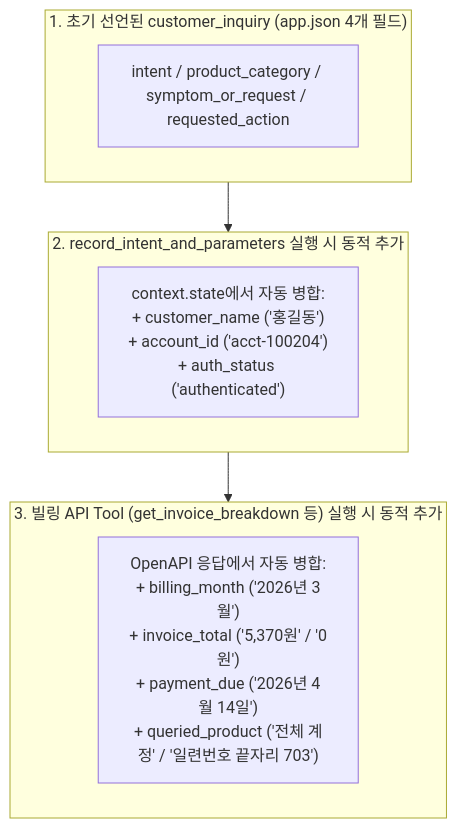
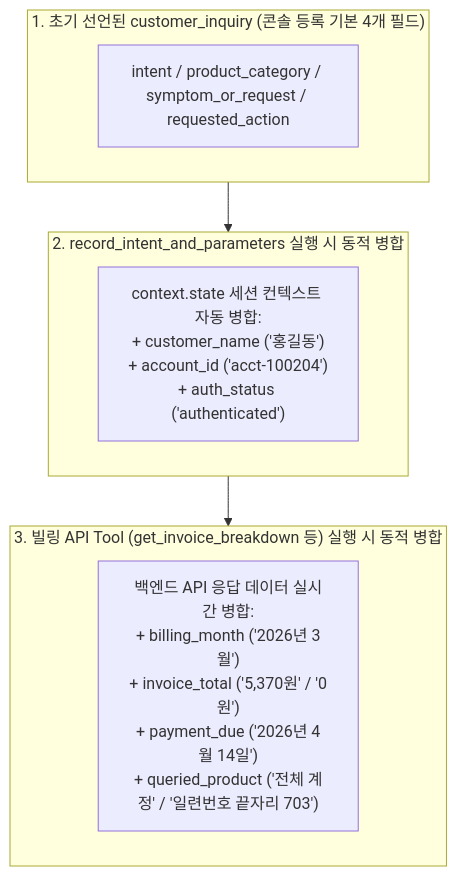
The third of 3 diagrams in README.md (Jhko0404/gecx-agent-patterns), drawn with Mermaid before and after one commit. The commit also changed other lines of this file and 5 other files, not shown here.

````diff
--- a/README.md
+++ b/README.md
@@ -257,16 +307,16 @@
 ```mermaid
 flowchart TB
-    subgraph Init["1. 초기 선언된 customer_inquiry (app.json 4개 필드)"]
+    subgraph Init["1. 초기 선언된 customer_inquiry (콘솔 등록 기본 4개 필드)"]
         F1["intent / product_category / symptom_or_request / requested_action"]
     end
 
-    subgraph Merge1["2. record_intent_and_parameters 실행 시 동적 추가"]
-        C1["context.state에서 자동 병합:\n+ customer_name ('홍길동')\n+ account_id ('acct-100204')\n+ auth_status ('authenticated')"]
+    subgraph Merge1["2. record_intent_and_parameters 실행 시 동적 병합"]
+        C1["context.state 세션 컨텍스트 자동 병합:\n+ customer_name ('홍길동')\n+ account_id ('acct-100204')\n+ auth_status ('authenticated')"]
     end
 
-    subgraph Merge2["3. 빌링 API Tool (get_invoice_breakdown 등) 실행 시 동적 추가"]
-        A1["OpenAPI 응답에서 자동 병합:\n+ billing_month ('2026년 3월')\n+ invoice_total ('5,370원' / '0원')\n+ payment_due ('2026년 4월 14일')\n+ queried_product ('전체 계정' / '일련번호 끝자리 703')"]
+    subgraph Merge2["3. 빌링 API Tool (get_invoice_breakdown 등) 실행 시 동적 병합"]
+        A1["백엔드 API 응답 데이터 실시간 병합:\n+ billing_month ('2026년 3월')\n+ invoice_total ('5,370원' / '0원')\n+ payment_due ('2026년 4월 14일')\n+ queried_product ('전체 계정' / '일련번호 끝자리 703')"]
     end
 
     Init --> Merge1 --> Merge2
 ```
````
